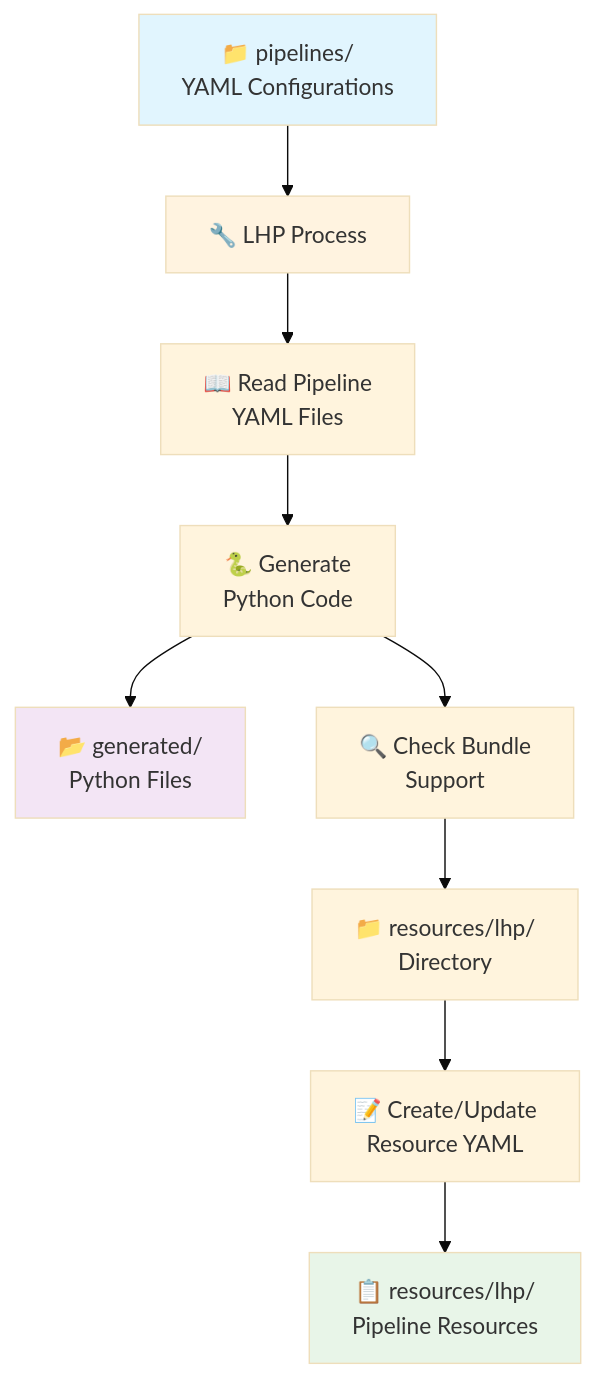
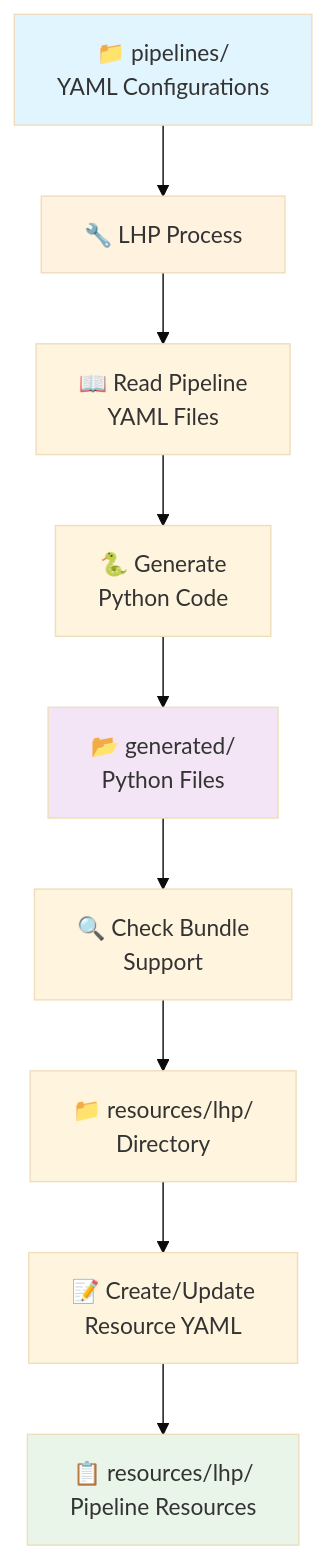
The diagram in docs/databricks_bundles.rst (Mmodarre/Lakehouse_Plumber), drawn with Mermaid (base theme) before and after one commit. The commit also changed other lines of this file and 33 other files, not shown here.

```diff
--- a/docs/databricks_bundles.rst
+++ b/docs/databricks_bundles.rst
@@ -162,16 +163,16 @@
 .. mermaid::
 
    flowchart TD
        A["📁 pipelines/<br/>YAML Configurations"] --> B["🔧 LHP Process"]
        B --> C["📖 Read Pipeline<br/>YAML Files"]
        C --> D["🐍 Generate<br/>Python Code"]
        D --> E["📂 generated/<br/>Python Files"]
-       D --> F["🔍 Check Bundle<br/>Support"]
+       E --> F["🔍 Check Bundle<br/>Support"]
        F --> G["📁 resources/lhp/<br/>Directory"]
        G --> H["📝 Create/Update<br/>Resource YAML"]
        H --> I["📋 resources/lhp/<br/>Pipeline Resources"]
        
        style A fill:#e1f5fe
        style E fill:#f3e5f5
        style I fill:#e8f5e8
        style B fill:#fff3e0
```
